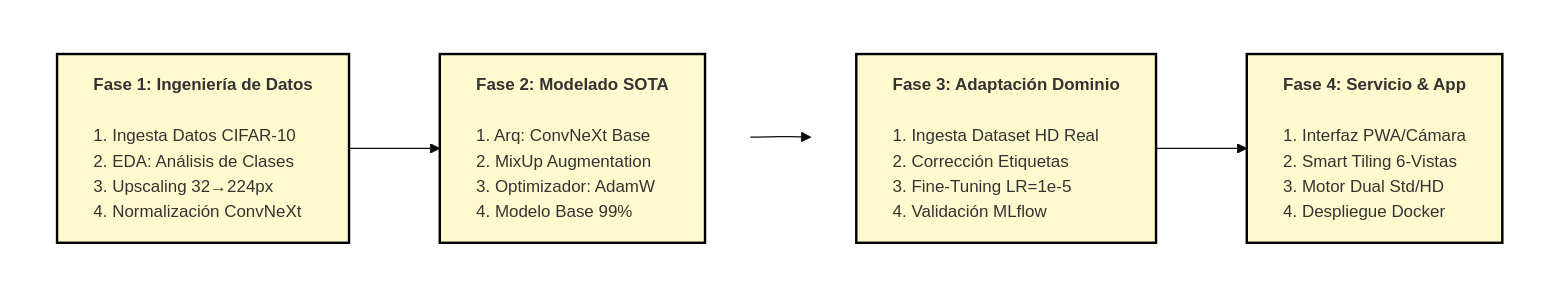
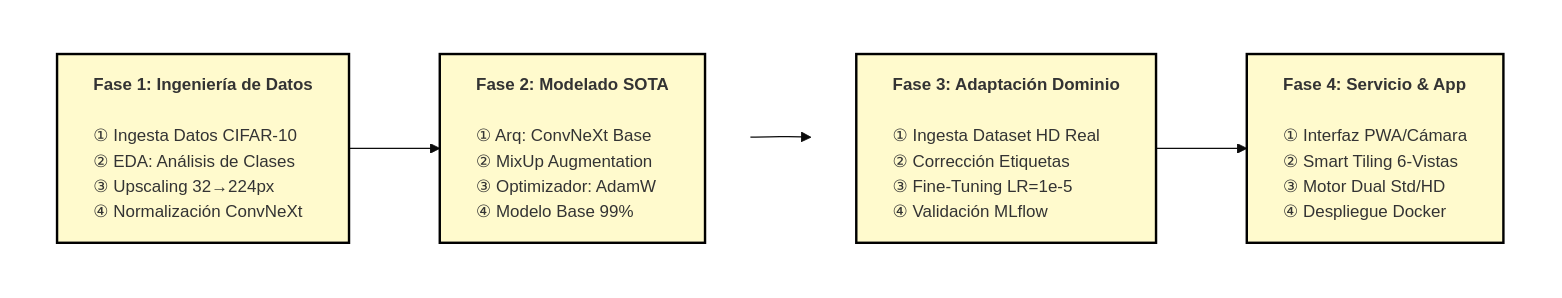
The diagram in README.md (elsebasdev1/model_multilabel), drawn with Mermaid before and after one commit.

Commit message:
Update phase descriptions with numbered lists

````diff
--- a/README.md
+++ b/README.md
@@ -24,28 +24,28 @@
 ```mermaid
 %%{init: {'theme':'base', 'themeVariables': { 'fontSize':'14px'}}}%%
 graph LR
     subgraph FILA1[" "]
         direction LR
-        A1["<b>Fase 1: Ingeniería de Datos</b><br/><br/>1. Ingesta Datos CIFAR-10<br/>2. EDA: Análisis de Clases<br/>3. Upscaling 32→224px<br/>4. Normalización ConvNeXt"]
-        A2["<b>Fase 2: Modelado SOTA</b><br/><br/>1. Arq: ConvNeXt Base<br/>2. MixUp Augmentation<br/>3. Optimizador: AdamW<br/>4. Modelo Base 99%"]
+        A1["<b>Fase 1: Ingeniería de Datos</b><br/><br/>① Ingesta Datos CIFAR-10<br/>② EDA: Análisis de Clases<br/>③ Upscaling 32→224px<br/>④ Normalización ConvNeXt"]
+        A2["<b>Fase 2: Modelado SOTA</b><br/><br/>① Arq: ConvNeXt Base<br/>② MixUp Augmentation<br/>③ Optimizador: AdamW<br/>④ Modelo Base 99%"]
     end
     
     subgraph FILA2[" "]
         direction LR
-        B1["<b>Fase 3: Adaptación Dominio</b><br/><br/>1. Ingesta Dataset HD Real<br/>2. Corrección Etiquetas<br/>3. Fine-Tuning LR=1e-5<br/>4. Validación MLflow"]
-        B2["<b>Fase 4: Servicio & App</b><br/><br/>1. Interfaz PWA/Cámara<br/>2. Smart Tiling 6-Vistas<br/>3. Motor Dual Std/HD<br/>4. Despliegue Docker"]
+        B1["<b>Fase 3: Adaptación Dominio</b><br/><br/>① Ingesta Dataset HD Real<br/>② Corrección Etiquetas<br/>③ Fine-Tuning LR=1e-5<br/>④ Validación MLflow"]
+        B2["<b>Fase 4: Servicio & App</b><br/><br/>① Interfaz PWA/Cámara<br/>② Smart Tiling 6-Vistas<br/>③ Motor Dual Std/HD<br/>④ Despliegue Docker"]
     end
     
     A1 --> A2
     A2 --> B1
     B1 --> B2
     
     FILA1 ~~~ FILA2
     
     style A1 fill:#FFFACD,stroke:#000,stroke-width:2px,text-align:left
     style A2 fill:#FFFACD,stroke:#000,stroke-width:2px,text-align:left
     style B1 fill:#FFFACD,stroke:#000,stroke-width:2px,text-align:left
     style B2 fill:#FFFACD,stroke:#000,stroke-width:2px,text-align:left
     style FILA1 fill:none,stroke:none
     style FILA2 fill:none,stroke:none
 ```
````
